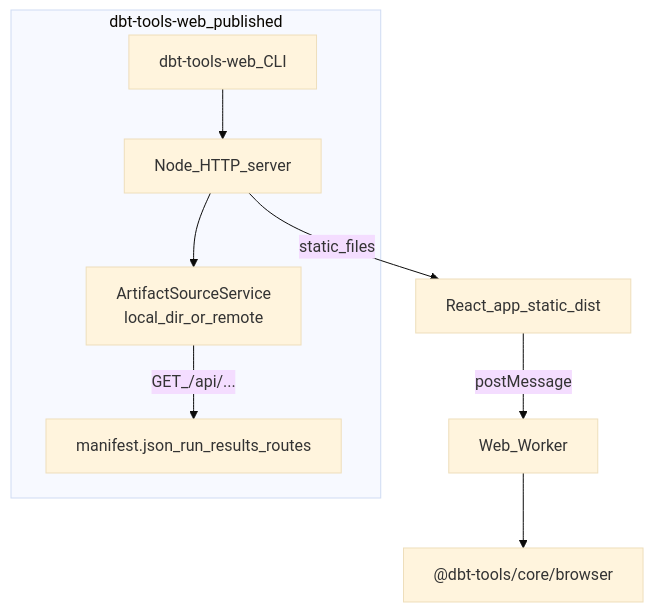
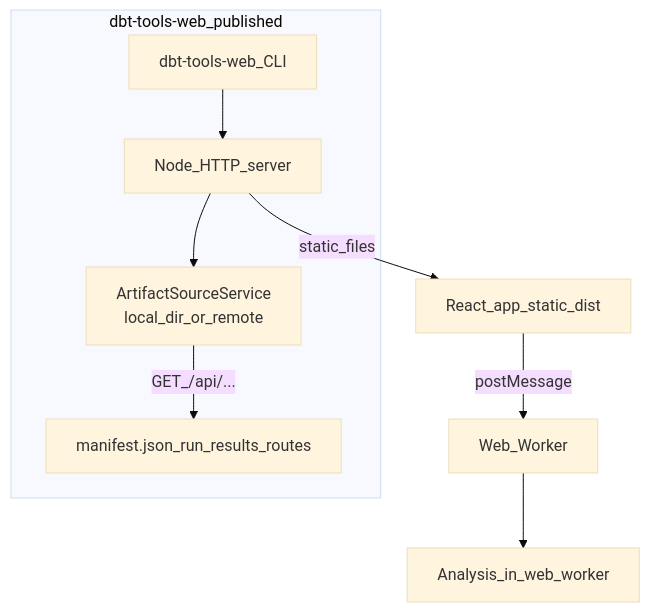
One commit to yu-iskw/dbt-tools-ts changed the diagram in packages/web/README.md. Above: the diagram before and after it, drawn with Mermaid (base theme). The commit also changed other lines of this file and 4 other files, not shown here.

````diff
--- a/packages/web/README.md
+++ b/packages/web/README.md
@@ -67,19 +71,19 @@
 ```mermaid
 graph TD
   subgraph npmServer [dbt-tools-web_published]
     BIN[dbt-tools-web_CLI]
     HTTP[Node_HTTP_server]
     ART[ArtifactSourceService\nlocal_dir_or_remote]
     BIN --> HTTP
     HTTP --> ART
     ART -->|GET_/api/...| API[manifest.json_run_results_routes]
   end
 
   APP[React_app_static_dist]
   WW[Web_Worker]
-  CORE["@dbt-tools/core/browser"]
+  CORE[Analysis_in_web_worker]
 
   HTTP -->|static_files| APP
   APP -->|postMessage| WW
   WW --> CORE
 ```
````
